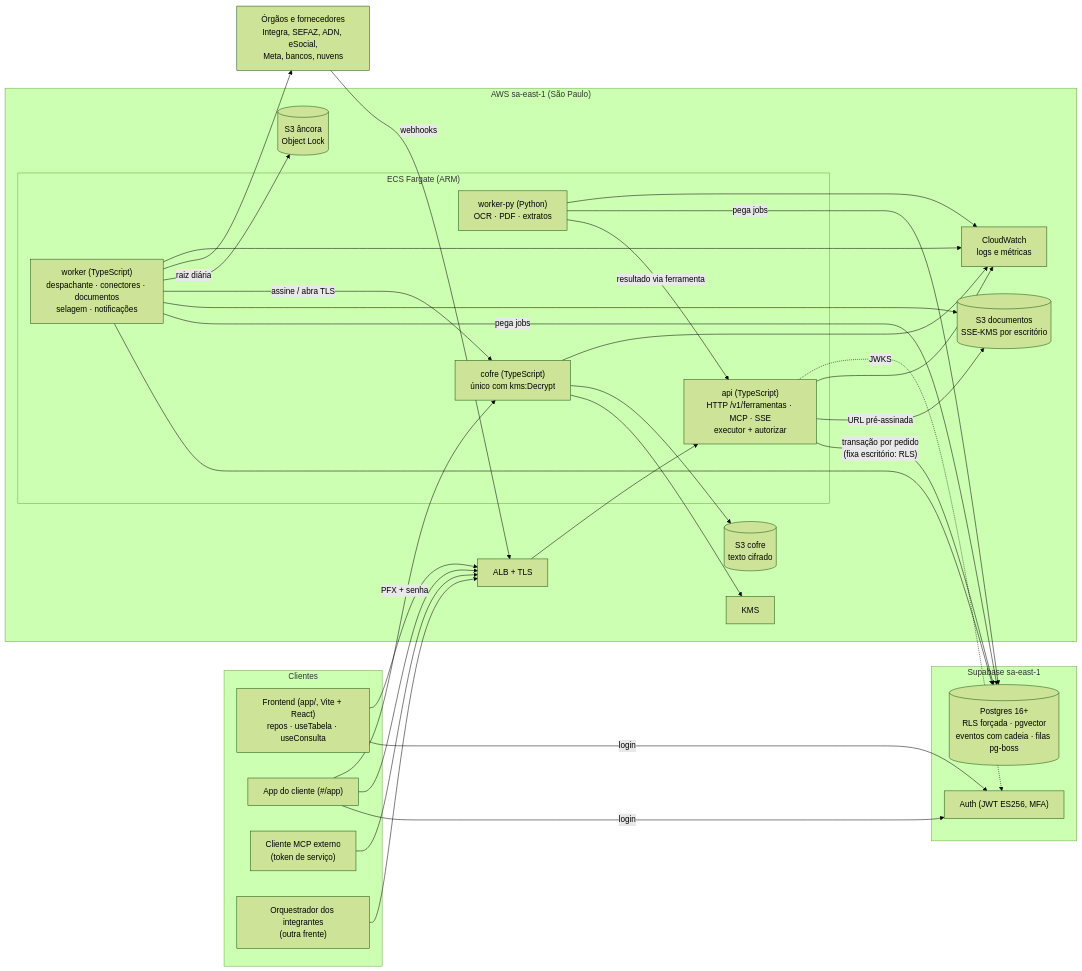
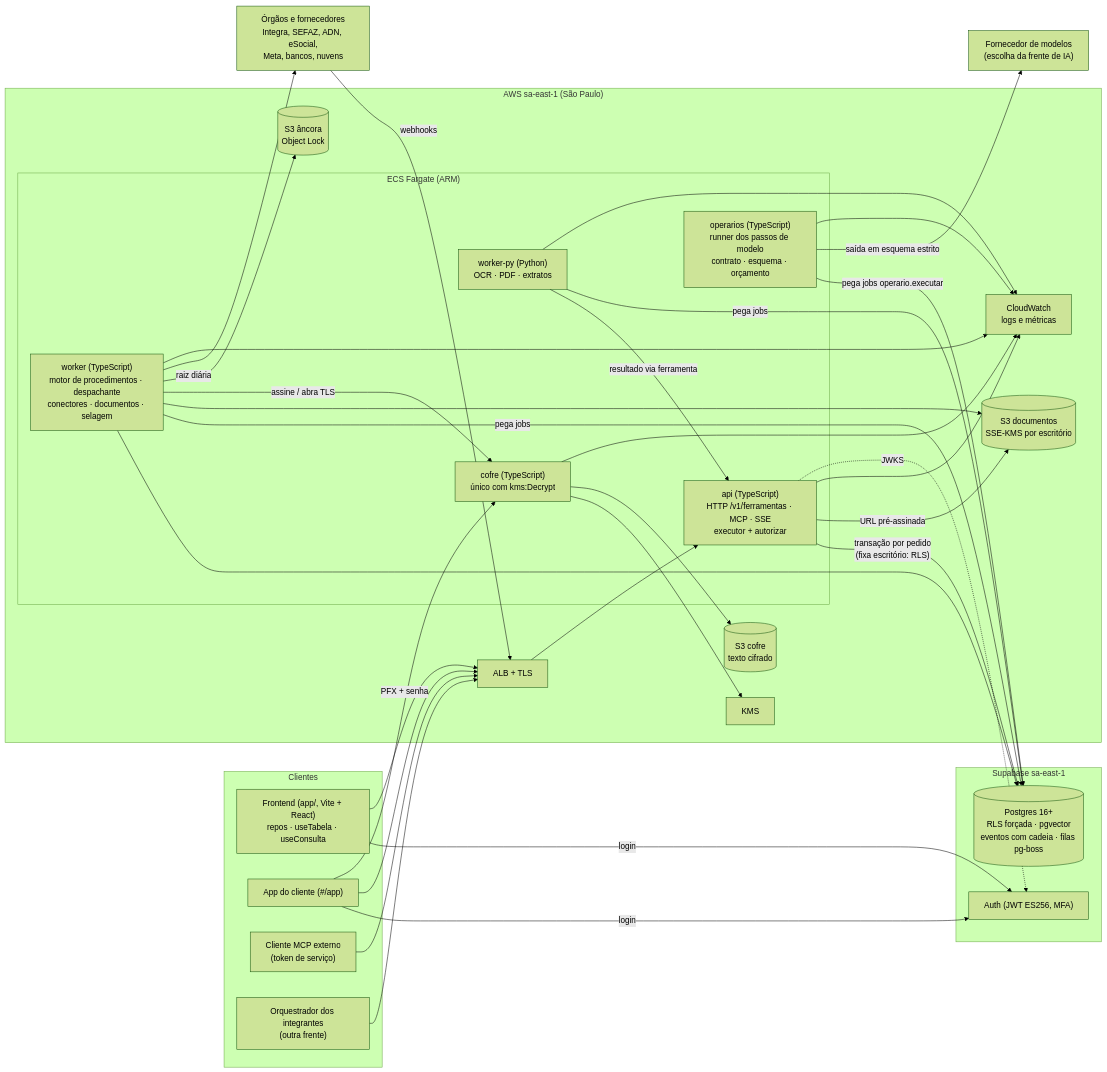
One commit to aphesist/heild changed the first of 3 diagrams in docs/backend/ARQUITETURA.md. Above: the diagram before and after it, drawn with Mermaid (forest theme). The commit also changed other lines of this file and 4 other files, not shown here.

First line of the commit message:
Backend: motor de procedimentos e runner de operários para os integrantes

````diff
--- a/docs/backend/ARQUITETURA.md
+++ b/docs/backend/ARQUITETURA.md
@@ -7,51 +7,55 @@
 ```mermaid
 flowchart LR
   subgraph Clientes
     WEB["Frontend (app/, Vite + React)<br/>repos · useTabela · useConsulta"]
     APP["App do cliente (#/app)"]
     MCPX["Cliente MCP externo<br/>(token de serviço)"]
     ORQ["Orquestrador dos integrantes<br/>(outra frente)"]
   end
 
   subgraph AWS["AWS sa-east-1 (São Paulo)"]
     ALB["ALB + TLS"]
     subgraph ECS["ECS Fargate (ARM)"]
       API["api (TypeScript)<br/>HTTP /v1/ferramentas · MCP · SSE<br/>executor + autorizar"]
-      WK["worker (TypeScript)<br/>despachante · conectores · documentos<br/>selagem · notificações"]
+      WK["worker (TypeScript)<br/>motor de procedimentos · despachante<br/>conectores · documentos · selagem"]
+      OPS["operarios (TypeScript)<br/>runner dos passos de modelo<br/>contrato · esquema · orçamento"]
       PY["worker-py (Python)<br/>OCR · PDF · extratos"]
       COF["cofre (TypeScript)<br/>único com kms:Decrypt"]
     end
     S3D[("S3 documentos<br/>SSE-KMS por escritório")]
     S3C[("S3 cofre<br/>texto cifrado")]
     S3A[("S3 âncora<br/>Object Lock")]
     KMS["KMS"]
     CW["CloudWatch<br/>logs e métricas"]
   end
 
   subgraph SUPA["Supabase sa-east-1"]
     AUTH["Auth (JWT ES256, MFA)"]
     PG[("Postgres 16+<br/>RLS forçada · pgvector<br/>eventos com cadeia · filas pg-boss")]
   end
 
   EXT["Órgãos e fornecedores<br/>Integra, SEFAZ, ADN, eSocial,<br/>Meta, bancos, nuvens"]
+  LLM["Fornecedor de modelos<br/>(escolha da frente de IA)"]
 
   WEB -- login --> AUTH
   APP -- login --> AUTH
   WEB & APP & MCPX & ORQ --> ALB --> API
   APP -- PFX + senha --> COF
   API -- "transação por pedido<br/>(fixa escritório: RLS)" --> PG
   WK --> PG
   PY -- "resultado via ferramenta" --> API
   WK -- "pega jobs" --> PG
   PY -- "pega jobs" --> PG
   API -- "URL pré-assinada" --> S3D
   WK --> S3D
   WK -- "assine / abra TLS" --> COF
   COF --> KMS
   COF --> S3C
   WK -- "raiz diária" --> S3A
   WK --> EXT
+  OPS -- "pega jobs operario.executar" --> PG
+  OPS -- "saída em esquema estrito" --> LLM
   EXT -- webhooks --> ALB
-  API & WK & COF & PY --> CW
+  API & WK & OPS & COF & PY --> CW
   API -. JWKS .-> AUTH
 ```
````
